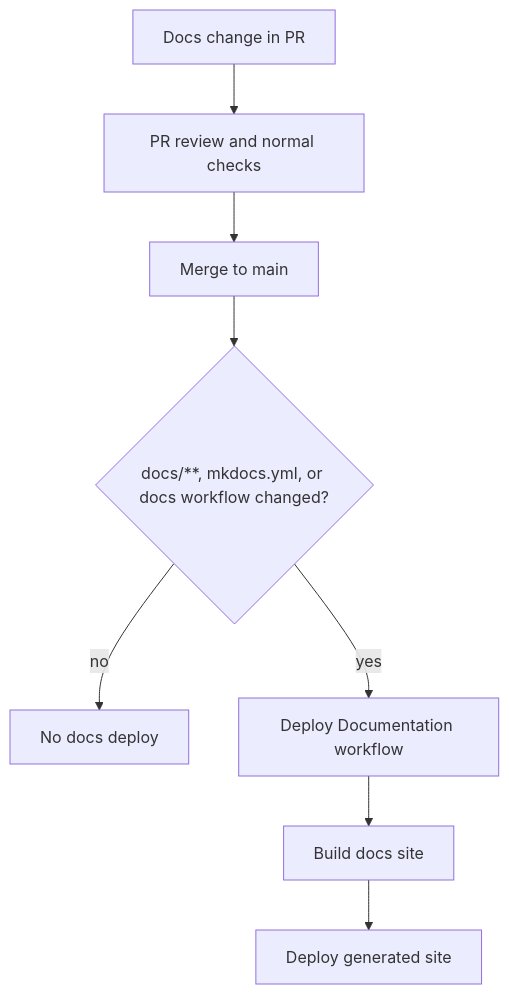
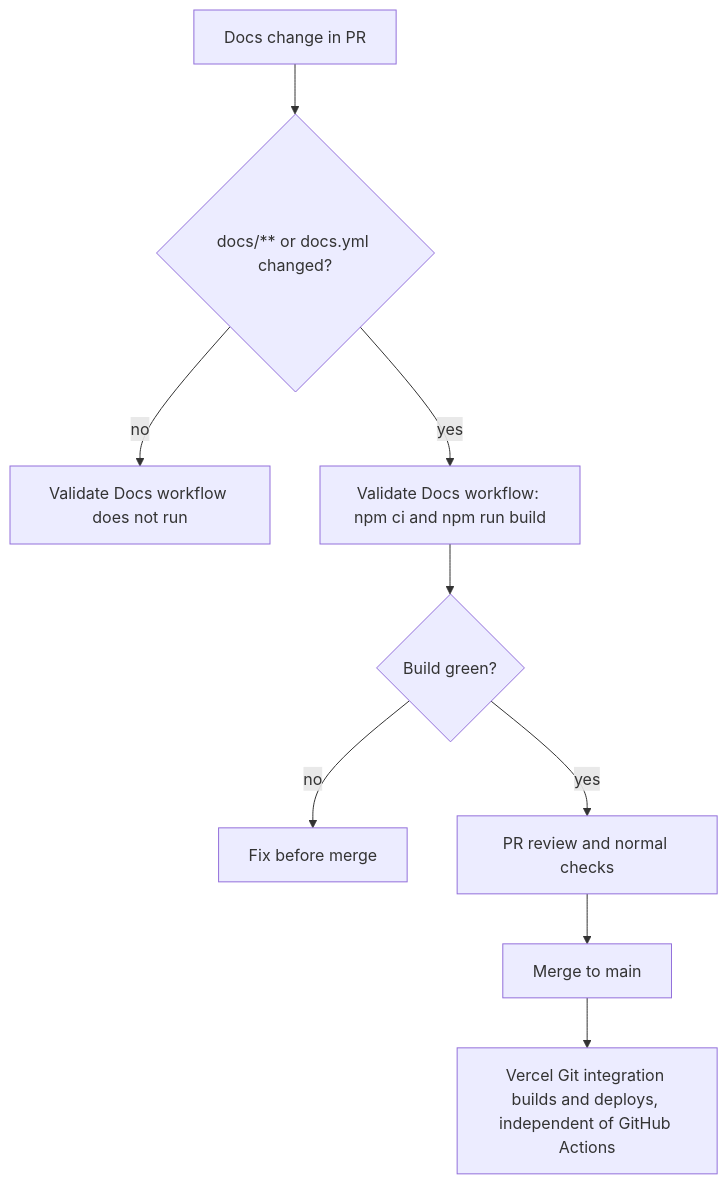
The seventh of 8 diagrams in docs/content/docs/ci-cd-flows.mdx (JerrettDavis/headroom), drawn with Mermaid before and after one commit. The commit also changed other lines of this file and 44 other files, not shown here.

````diff
--- a/docs/content/docs/ci-cd-flows.mdx
+++ b/docs/content/docs/ci-cd-flows.mdx
@@ -174,10 +180,11 @@
 ```mermaid
 flowchart TD
-    A[Docs change in PR] --> B[PR review and normal checks]
-    B --> C[Merge to main]
-    C --> D{docs/**, mkdocs.yml, or docs workflow changed?}
-    D -- no --> E[No docs deploy]
-    D -- yes --> F[Deploy Documentation workflow]
-    F --> G[Build docs site]
-    G --> H[Deploy generated site]
+    A[Docs change in PR] --> B{docs/** or docs.yml changed?}
+    B -- no --> C[Validate Docs workflow does not run]
+    B -- yes --> D[Validate Docs workflow: npm ci and npm run build]
+    D --> E{Build green?}
+    E -- no --> F[Fix before merge]
+    E -- yes --> G[PR review and normal checks]
+    G --> H[Merge to main]
+    H --> I[Vercel Git integration builds and deploys, independent of GitHub Actions]
 ```
````
